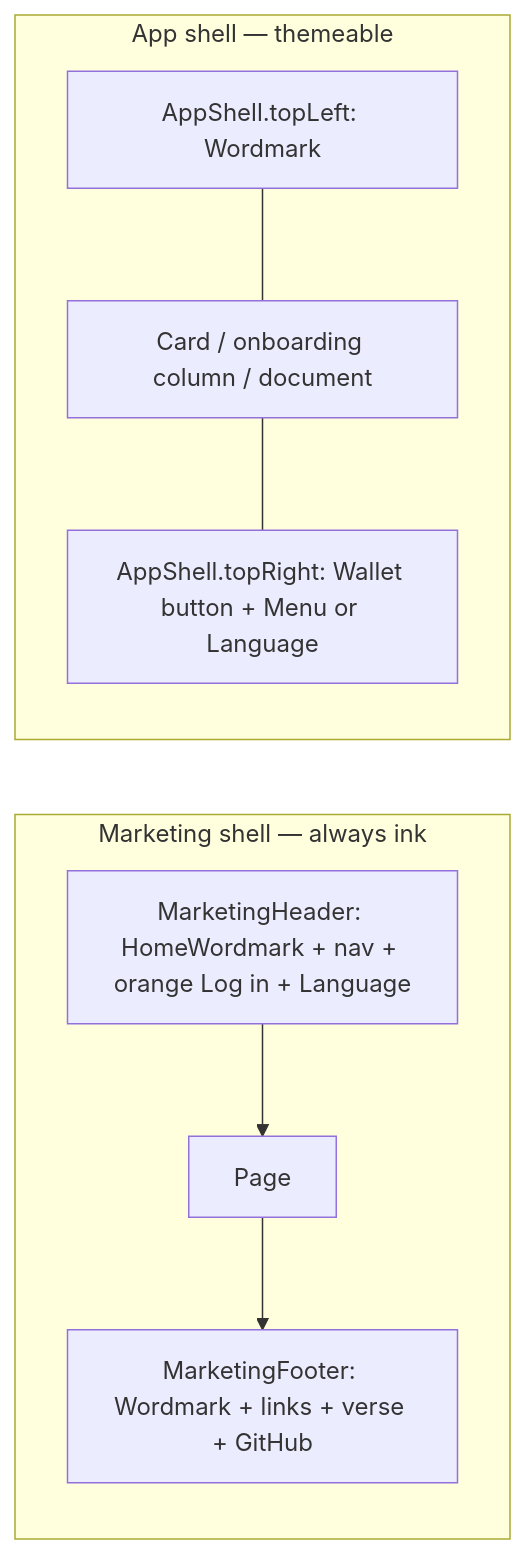
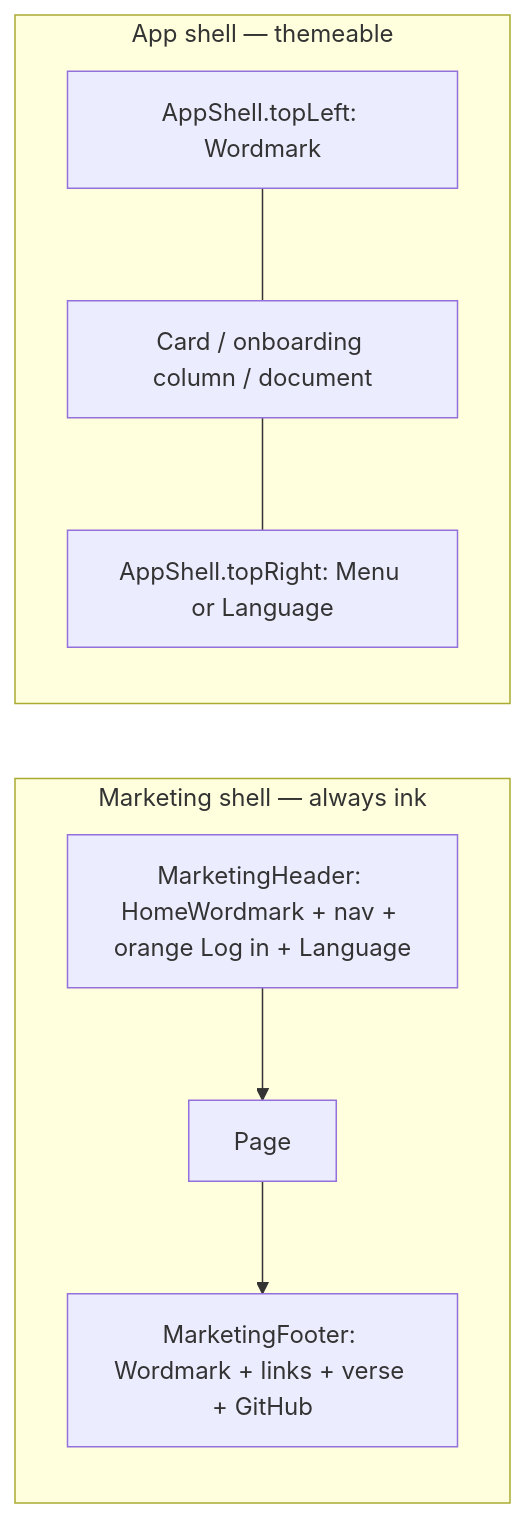
One commit to 21gifts/app changed the third of 3 diagrams in docs/ui.md. Above: the diagram before and after it, drawn with Mermaid. The commit also changed other lines of this file and 3244 other files, not shown here.

````diff
--- a/docs/ui.md
+++ b/docs/ui.md
@@ -467,15 +467,15 @@
 ```mermaid
 flowchart LR
   subgraph marketingShell [Marketing shell — always ink]
     MH[MarketingHeader: HomeWordmark + nav + orange Log in + Language]
     MC[Page]
     MF[MarketingFooter: Wordmark + links + verse + GitHub]
   end
   subgraph appShell [App shell — themeable]
     PL[AppShell.topLeft: Wordmark]
-    PR[AppShell.topRight: Wallet button + Menu or Language]
+    PR[AppShell.topRight: Menu or Language]
     BODY[Card / onboarding column / document]
   end
   MH --> MC --> MF
   PL --- BODY --- PR
 ```
````
